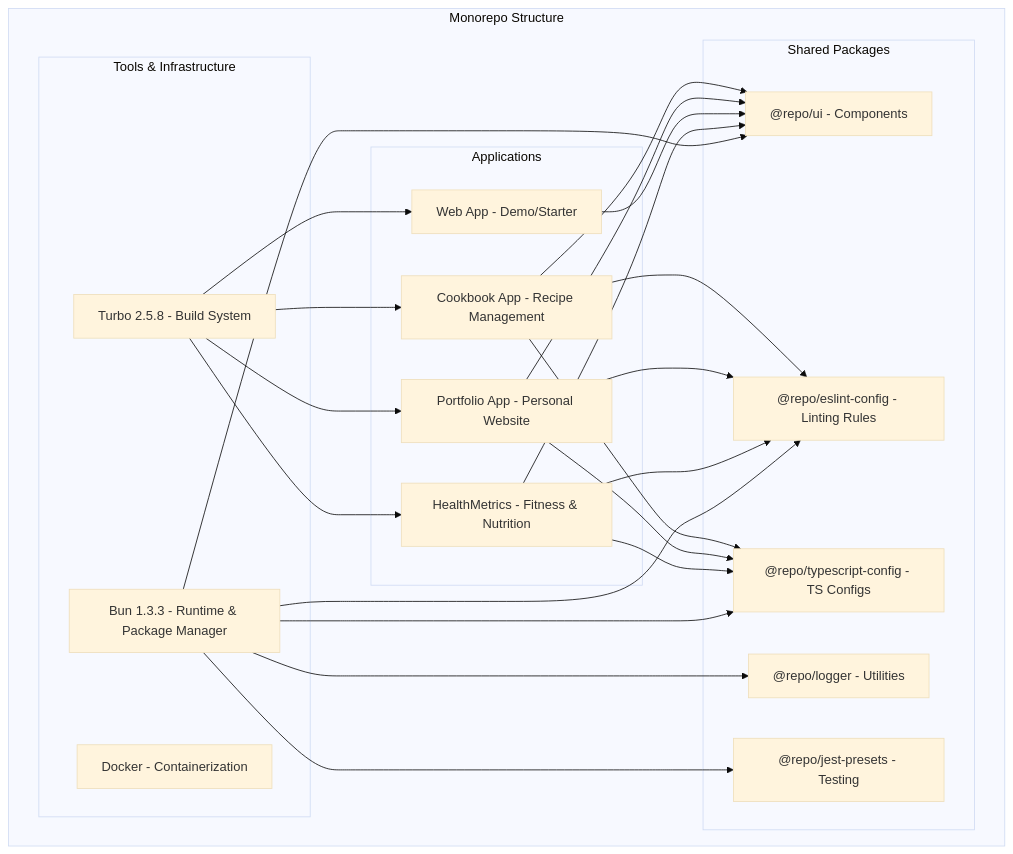
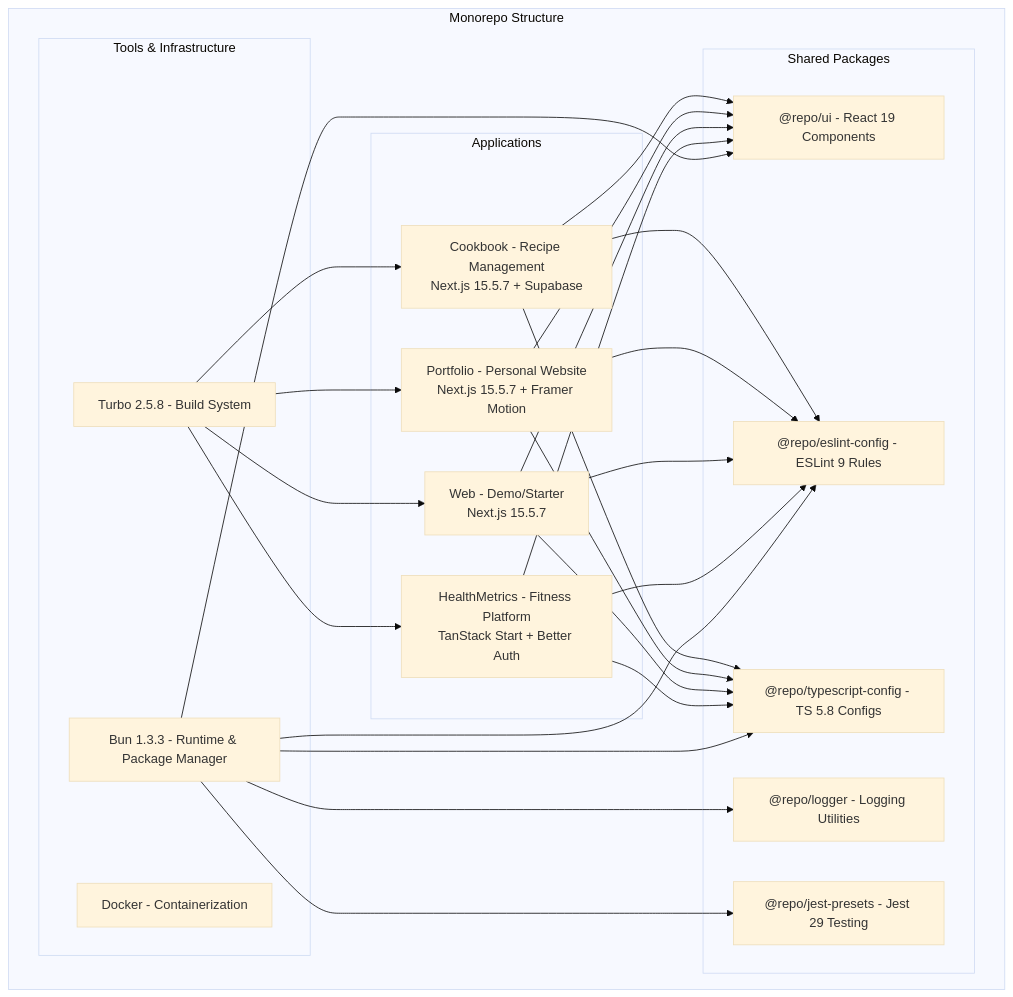
Before and after one commit to hd719/nextjs-monorepo: the diagram in README.md, drawn with Mermaid (base theme). The commit also changed other lines of this file, not shown here.

````diff
--- a/README.md
+++ b/README.md
@@ -22,46 +22,48 @@
 ```mermaid
 graph TB
     subgraph "Monorepo Structure"
         subgraph "Applications"
-            A1["Cookbook App - Recipe Management"]
-            A2["Portfolio App - Personal Website"]
-            A3["Web App - Demo/Starter"]
-            A4["HealthMetrics - Fitness & Nutrition"]
+            A1["Cookbook - Recipe Management<br/>Next.js 15.5.7 + Supabase"]
+            A2["Portfolio - Personal Website<br/>Next.js 15.5.7 + Framer Motion"]
+            A3["Web - Demo/Starter<br/>Next.js 15.5.7"]
+            A4["HealthMetrics - Fitness Platform<br/>TanStack Start + Better Auth"]
         end
 
         subgraph "Shared Packages"
-            P1["@repo/ui - Components"]
-            P2["@repo/eslint-config - Linting Rules"]
-            P3["@repo/typescript-config - TS Configs"]
-            P4["@repo/logger - Utilities"]
-            P5["@repo/jest-presets - Testing"]
+            P1["@repo/ui - React 19 Components"]
+            P2["@repo/eslint-config - ESLint 9 Rules"]
+            P3["@repo/typescript-config - TS 5.8 Configs"]
+            P4["@repo/logger - Logging Utilities"]
+            P5["@repo/jest-presets - Jest 29 Testing"]
         end
 
         subgraph "Tools & Infrastructure"
             T1["Turbo 2.5.8 - Build System"]
             T2["Bun 1.3.3 - Runtime & Package Manager"]
             T3["Docker - Containerization"]
         end
     end
 
     A1 --> P1
     A1 --> P2
     A1 --> P3
     A2 --> P1
     A2 --> P2
     A2 --> P3
     A3 --> P1
+    A3 --> P2
+    A3 --> P3
     A4 --> P1
     A4 --> P2
     A4 --> P3
 
     T1 --> A1
     T1 --> A2
     T1 --> A3
     T1 --> A4
     T2 --> P1
     T2 --> P2
     T2 --> P3
     T2 --> P4
     T2 --> P5
 ```
````
